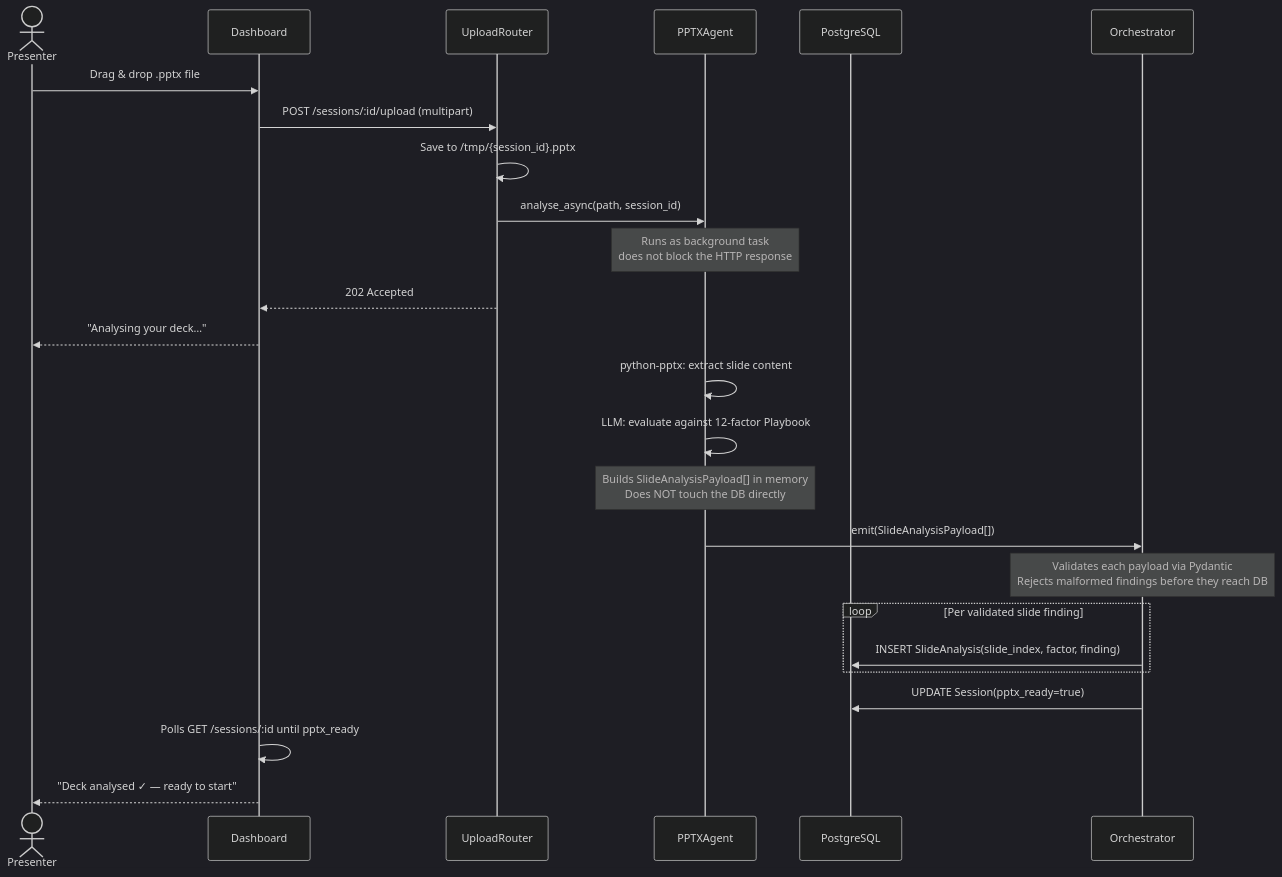
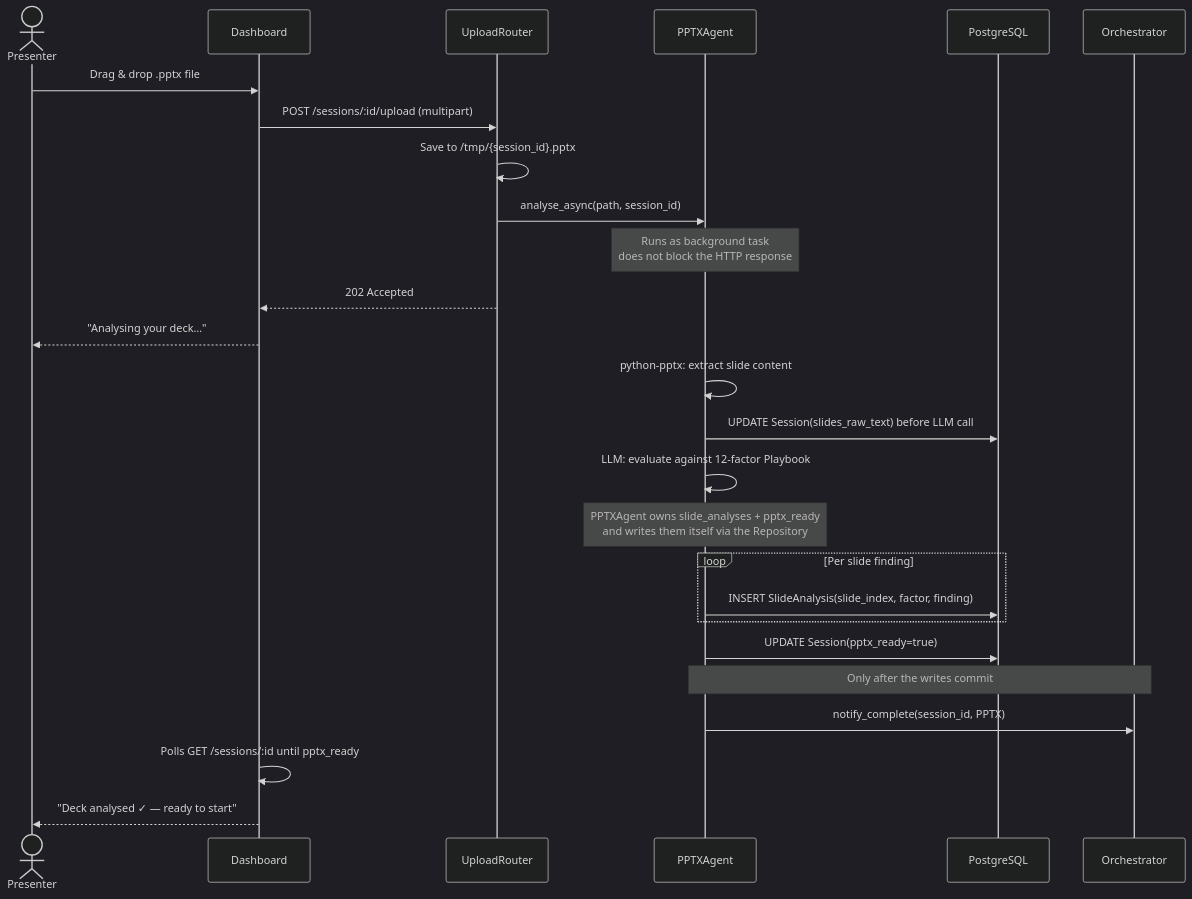
One commit to ColombusAH/octoprep2000 changed the fourth of 6 diagrams in docs/TECH-ARCHITECTURE-C4.md. Above: the diagram before and after it, drawn with Mermaid (dark theme). The commit also changed other lines of this file and 24 other files, not shown here.

````diff
--- a/docs/TECH-ARCHITECTURE-C4.md
+++ b/docs/TECH-ARCHITECTURE-C4.md
@@ -255,28 +266,29 @@
 ```mermaid
 sequenceDiagram
     actor Presenter
     participant Dashboard
     participant UploadRouter
     participant PPTXAgent
     participant DB as PostgreSQL
 
     Presenter->>Dashboard: Drag & drop .pptx file
     Dashboard->>UploadRouter: POST /sessions/:id/upload (multipart)
     UploadRouter->>UploadRouter: Save to /tmp/{session_id}.pptx
     UploadRouter->>PPTXAgent: analyse_async(path, session_id)
     Note over PPTXAgent: Runs as background task<br/>does not block the HTTP response
     UploadRouter-->>Dashboard: 202 Accepted
     Dashboard-->>Presenter: "Analysing your deck…"
 
     PPTXAgent->>PPTXAgent: python-pptx: extract slide content
+    PPTXAgent->>DB: UPDATE Session(slides_raw_text) before LLM call
     PPTXAgent->>PPTXAgent: LLM: evaluate against 12-factor Playbook
-    Note over PPTXAgent: Builds SlideAnalysisPayload[] in memory<br/>Does NOT touch the DB directly
-    PPTXAgent->>Orchestrator: emit(SlideAnalysisPayload[])
-    Note over Orchestrator: Validates each payload via Pydantic<br/>Rejects malformed findings before they reach DB
-    loop Per validated slide finding
-        Orchestrator->>DB: INSERT SlideAnalysis(slide_index, factor, finding)
+    Note over PPTXAgent: PPTXAgent owns slide_analyses + pptx_ready<br/>and writes them itself via the Repository
+    loop Per slide finding
+        PPTXAgent->>DB: INSERT SlideAnalysis(slide_index, factor, finding)
     end
-    Orchestrator->>DB: UPDATE Session(pptx_ready=true)
+    PPTXAgent->>DB: UPDATE Session(pptx_ready=true)
+    Note over PPTXAgent,Orchestrator: Only after the writes commit
+    PPTXAgent->>Orchestrator: notify_complete(session_id, PPTX)
     Dashboard->>Dashboard: Polls GET /sessions/:id until pptx_ready
     Dashboard-->>Presenter: "Deck analysed ✓ — ready to start"
 ```
````
